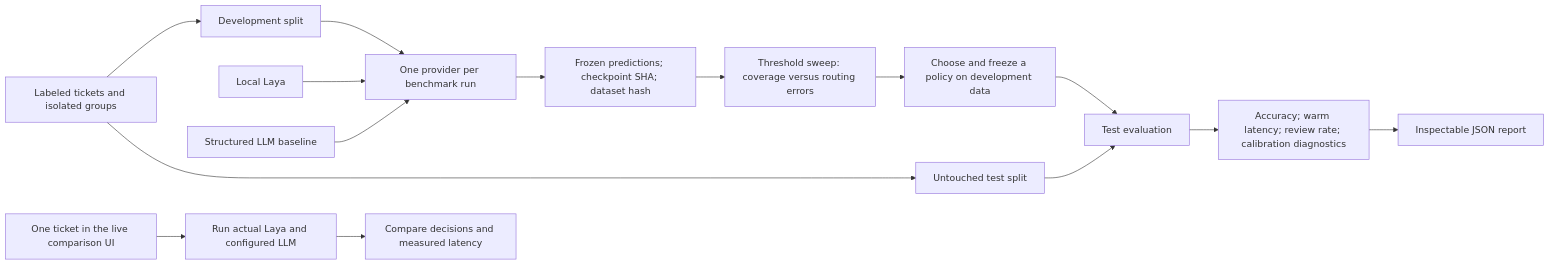
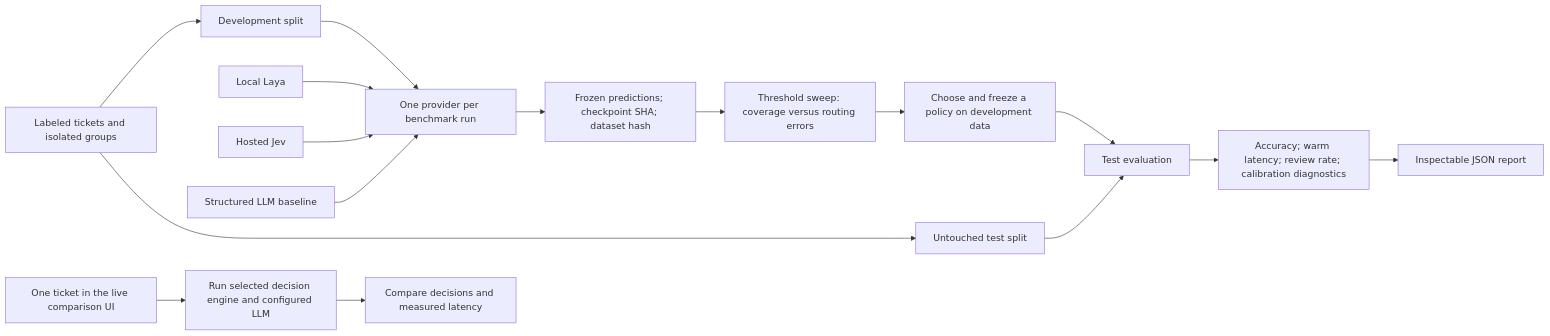
The second of 2 diagrams in docs/architecture.md (nikhilbhide/decision-router), drawn with Mermaid before and after one commit. The commit also changed other lines of this file and 9 other files, not shown here.

Commit message:
feat: add hosted Jev and Vercel LLM connections

````diff
--- a/docs/architecture.md
+++ b/docs/architecture.md
@@ -39,17 +43,18 @@
 ```mermaid
 flowchart LR
     Dataset["Labeled tickets and isolated groups"] --> Dev["Development split"]
     Dataset --> Test["Untouched test split"]
     Dev --> Predict["One provider per benchmark run"]
     Laya["Local Laya"] --> Predict
+    Jev["Hosted Jev"] --> Predict
     LLM["Structured LLM baseline"] --> Predict
     Predict --> Frozen["Frozen predictions; checkpoint SHA; dataset hash"]
     Frozen --> Sweep["Threshold sweep: coverage versus routing errors"]
     Sweep --> Policy["Choose and freeze a policy on development data"]
     Policy --> Final["Test evaluation"]
     Test --> Final
     Final --> Report["Accuracy; warm latency; review rate; calibration diagnostics"]
     Report --> Export["Inspectable JSON report"]
-    Ticket["One ticket in the live comparison UI"] --> Both["Run actual Laya and configured LLM"]
+    Ticket["One ticket in the live comparison UI"] --> Both["Run selected decision engine and configured LLM"]
     Both --> Compare["Compare decisions and measured latency"]
 ```
````
